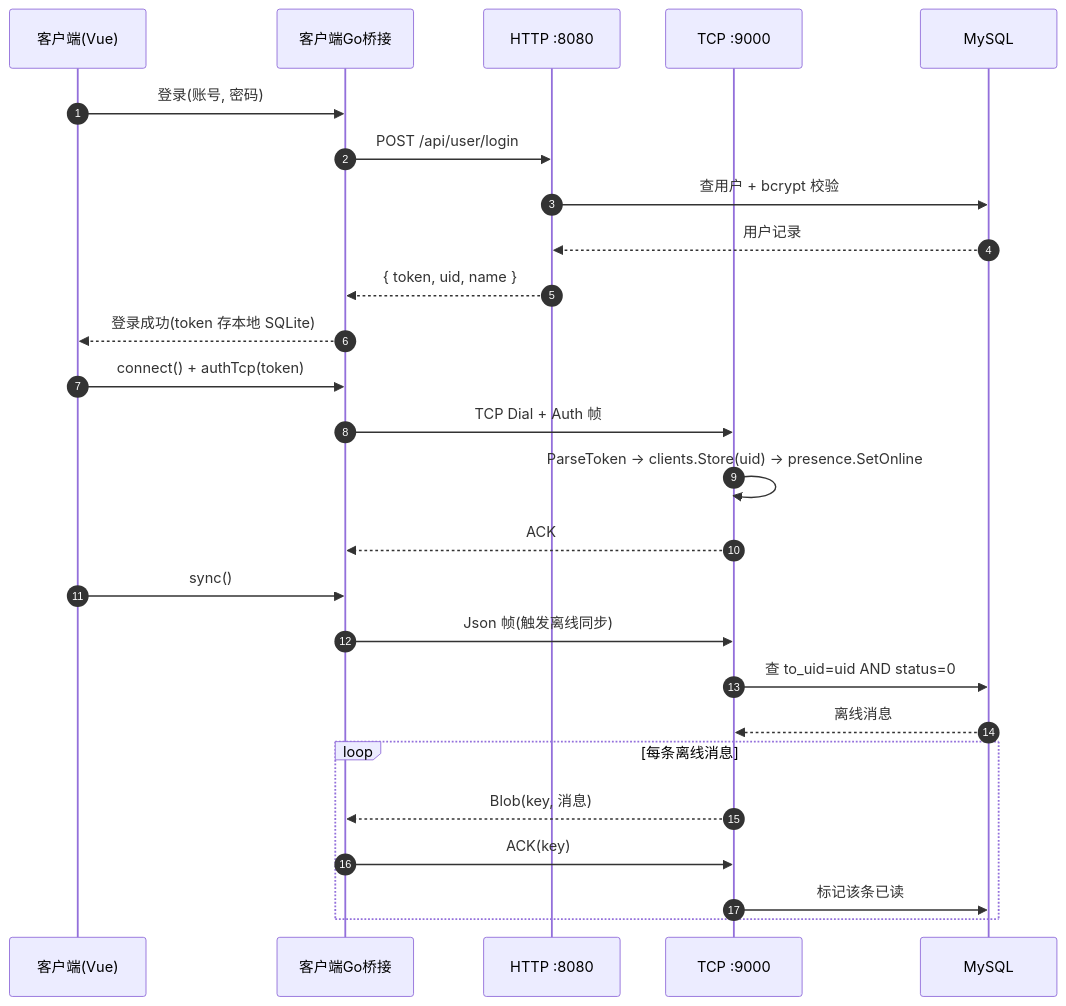
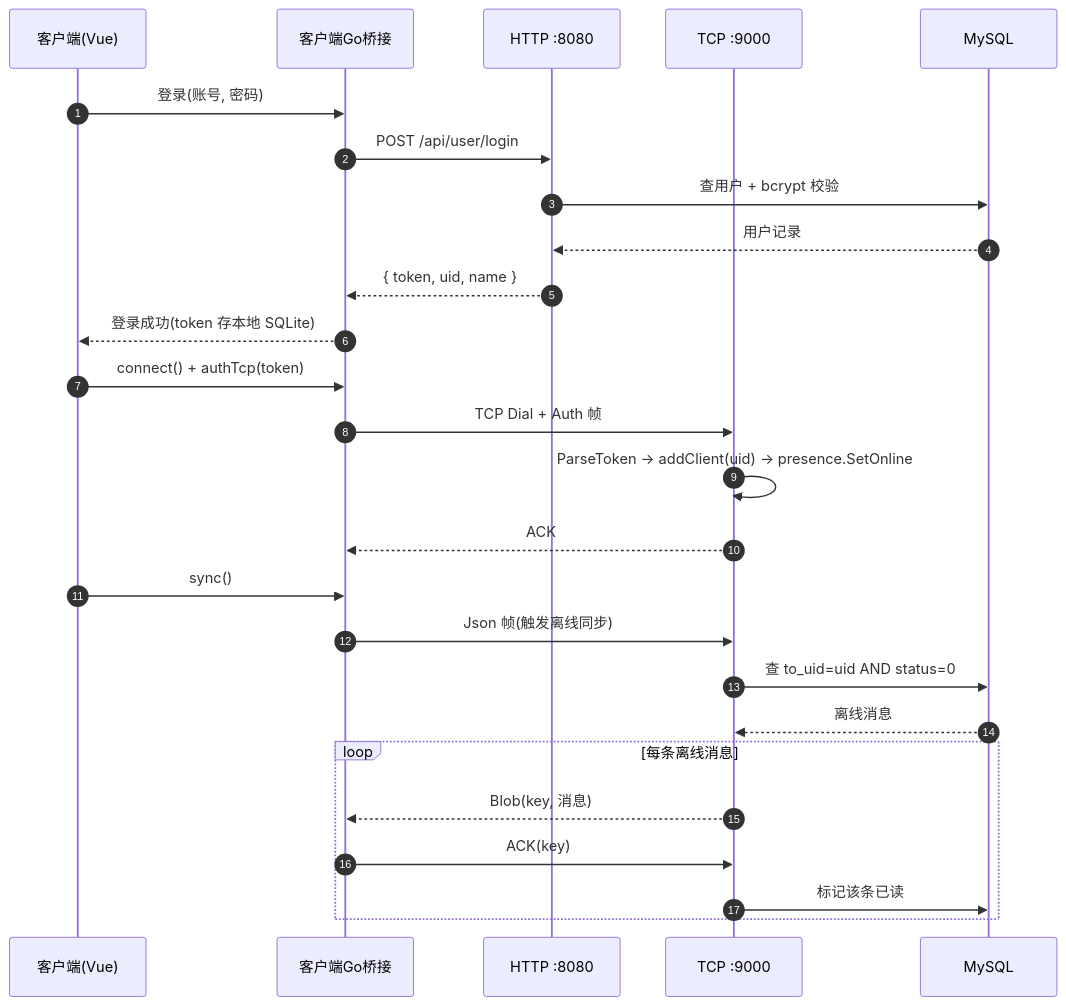
One commit to 23jdd/IM changed the first of 6 diagrams in README.md. Above: the diagram before and after it, drawn with Mermaid. The commit also changed other lines of this file and 1 other file, not shown here.

````diff
--- a/README.md
+++ b/README.md
@@ -76,31 +93,31 @@
 ```mermaid
 sequenceDiagram
     autonumber
     participant C as 客户端(Vue)
     participant B as 客户端Go桥接
     participant H as HTTP :8080
     participant T as TCP :9000
     participant DB as MySQL
 
     C->>B: 登录(账号, 密码)
     B->>H: POST /api/user/login
     H->>DB: 查用户 + bcrypt 校验
     DB-->>H: 用户记录
     H-->>B: { token, uid, name }
     B-->>C: 登录成功(token 存本地 SQLite)
 
     C->>B: connect() + authTcp(token)
     B->>T: TCP Dial + Auth 帧
-    T->>T: ParseToken → clients.Store(uid) → presence.SetOnline
+    T->>T: ParseToken → addClient(uid) → presence.SetOnline
     T-->>B: ACK
 
     C->>B: sync()
     B->>T: Json 帧(触发离线同步)
     T->>DB: 查 to_uid=uid AND status=0
     DB-->>T: 离线消息
     loop 每条离线消息
         T-->>B: Blob(key, 消息)
         B->>T: ACK(key)
         T->>DB: 标记该条已读
     end
 ```
````
